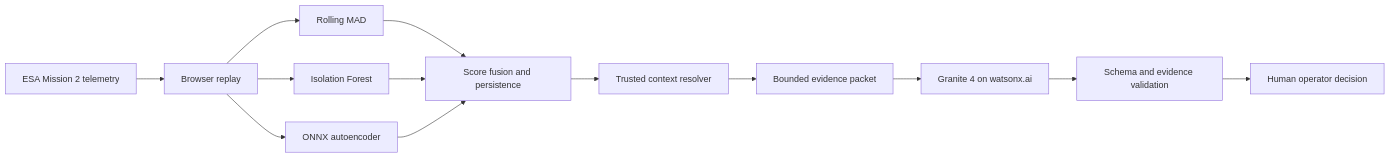
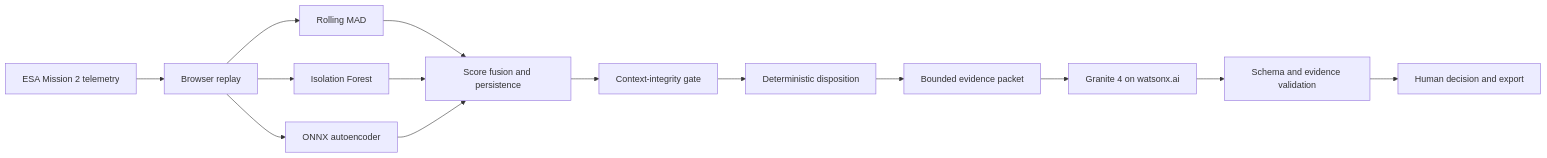
One commit to edwardjgriggs/flightsentry changed the diagram in README.md. Above: the diagram before and after it, drawn with Mermaid. The commit also changed other lines of this file and 27 other files, not shown here.

````diff
--- a/README.md
+++ b/README.md
@@ -29,15 +42,16 @@
 ```mermaid
 flowchart LR
     A[ESA Mission 2 telemetry] --> B[Browser replay]
     B --> C1[Rolling MAD]
     B --> C2[Isolation Forest]
     B --> C3[ONNX autoencoder]
     C1 --> D[Score fusion and persistence]
     C2 --> D
     C3 --> D
-    D --> E[Trusted context resolver]
-    E --> F[Bounded evidence packet]
-    F --> G[Granite 4 on watsonx.ai]
-    G --> H[Schema and evidence validation]
-    H --> I[Human operator decision]
+    D --> E[Context-integrity gate]
+    E --> F[Deterministic disposition]
+    F --> G[Bounded evidence packet]
+    G --> H[Granite 4 on watsonx.ai]
+    H --> I[Schema and evidence validation]
+    I --> J[Human decision and export]
 ```
````
